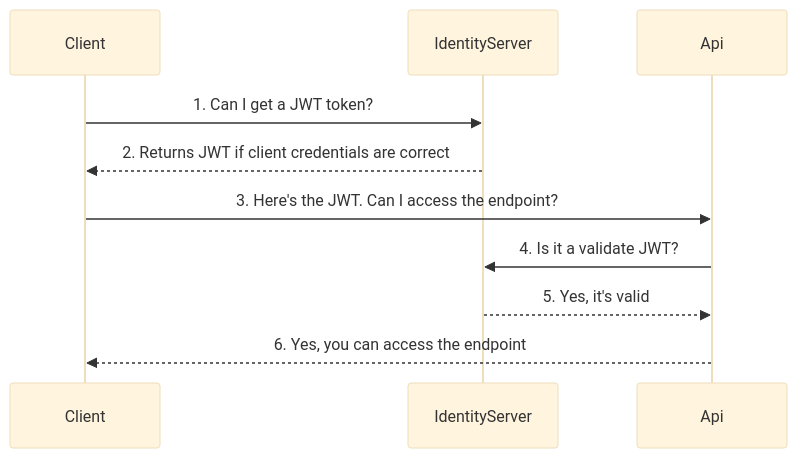
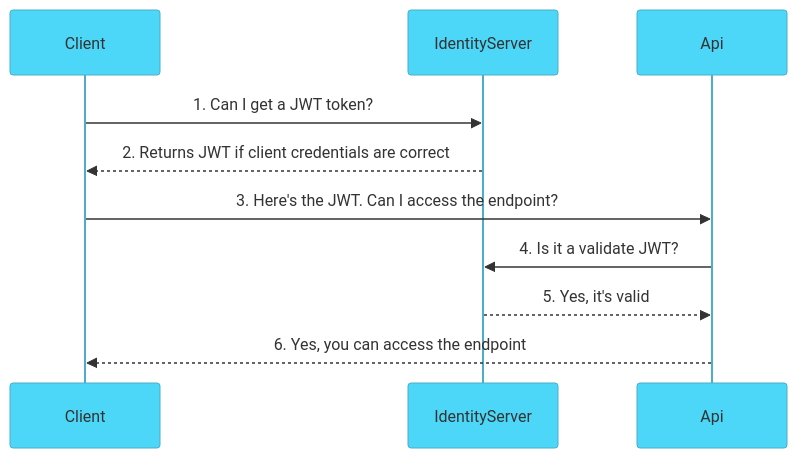
Before and after one commit to LiteObject/TestIdentityServer: the second of 2 diagrams in README.md, drawn with Mermaid. The commit also changed other lines of this file, not shown here.

Commit message:
updated md graph color

````diff
--- a/README.md
+++ b/README.md
@@ -52,11 +52,11 @@
 ```mermaid
-%%{init: {'securityLevel': 'loose', 'theme':'base'}}%%
+%%{init: {'securityLevel': 'loose', 'theme':'base','themeVariables': { 'primaryColor': '#4cd7f8', 'secondaryColor':'#fad47a' }}}%%
 sequenceDiagram        
     Client->>IdentityServer: 1. Can I get a JWT token?
     IdentityServer-->>Client: 2. Returns JWT if client credentials are correct    
     Client->>Api: 3. Here's the JWT. Can I access the endpoint?
     Api->>IdentityServer: 4. Is it a validate JWT?
     IdentityServer-->>Api: 5. Yes, it's valid
     Api-->>Client: 6. Yes, you can access the endpoint
 
 ```
````
